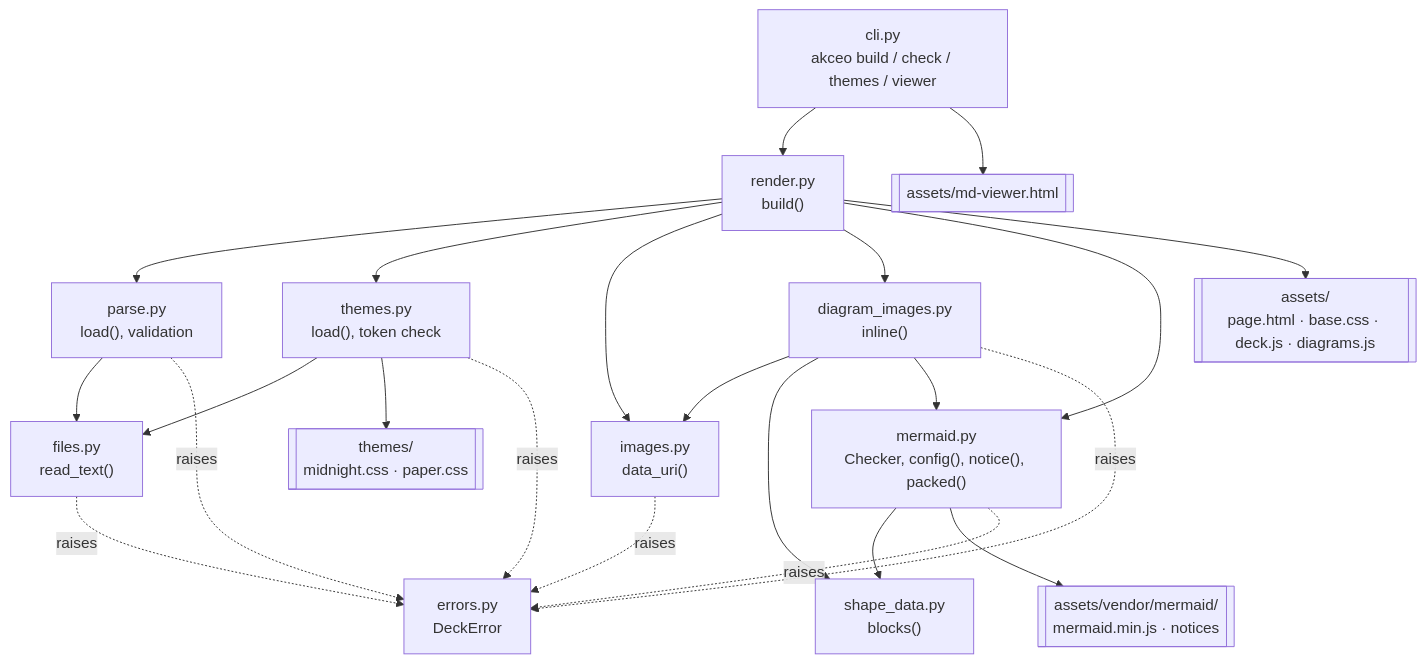
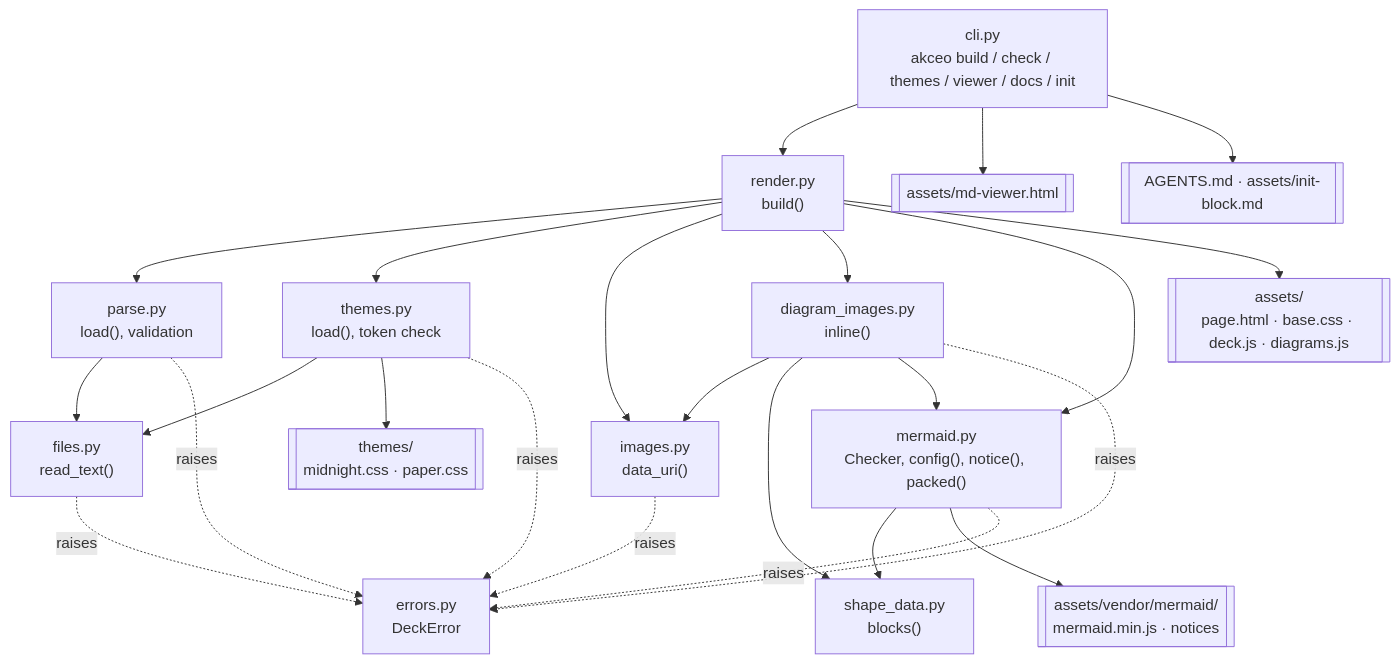
One commit to LunarCommand/akceo changed the fifth of 11 diagrams in docs/how-it-works.md. Above: the diagram before and after it, drawn with Mermaid. The commit also changed other lines of this file and 12 other files, not shown here.

First line of the commit message:
Ship a guide for agents with docs and init

````diff
--- a/docs/how-it-works.md
+++ b/docs/how-it-works.md
@@ -197,25 +197,26 @@
 ```mermaid
 flowchart TD
-    cli["cli.py<br/>akceo build / check / themes / viewer"] --> render["render.py<br/>build()"]
+    cli["cli.py<br/>akceo build / check / themes / viewer / docs / init"] --> render["render.py<br/>build()"]
     render --> parse["parse.py<br/>load(), validation"]
     parse --> files["files.py<br/>read_text()"]
     render --> themes["themes.py<br/>load(), token check"]
     themes --> files
     render --> images["images.py<br/>data_uri()"]
     render --> dimages["diagram_images.py<br/>inline()"]
     dimages --> images
     dimages --> shape["shape_data.py<br/>blocks()"]
     render --> mermaid["mermaid.py<br/>Checker, config(), notice(), packed()"]
     dimages --> mermaid
     mermaid --> shape
     mermaid --> vendor[["assets/vendor/mermaid/<br/>mermaid.min.js · notices"]]
     render --> assets[["assets/<br/>page.html · base.css · deck.js · diagrams.js"]]
     themes --> builtin[["themes/<br/>midnight.css · paper.css"]]
     cli --> viewer[["assets/md-viewer.html"]]
+    cli --> guide[["AGENTS.md · assets/init-block.md"]]
     parse -.->|raises| err["errors.py<br/>DeckError"]
     themes -.->|raises| err
     images -.->|raises| err
     dimages -.->|raises| err
     mermaid -.->|raises| err
     files -.->|raises| err
 ```
````
